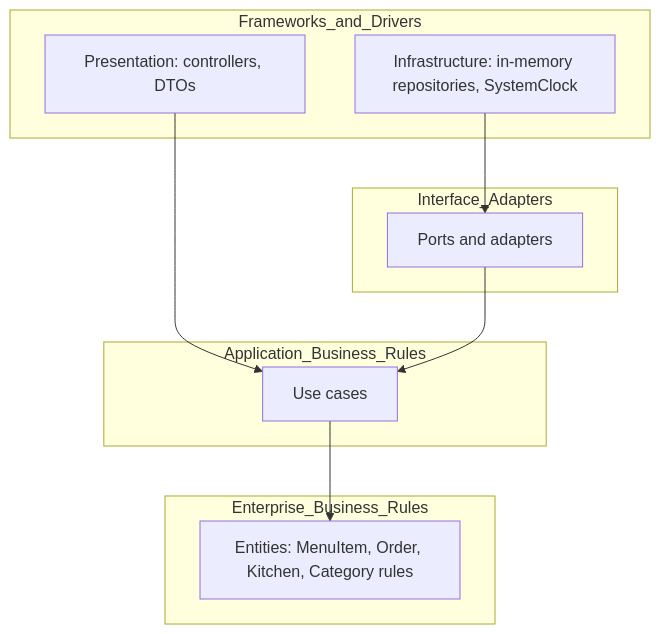
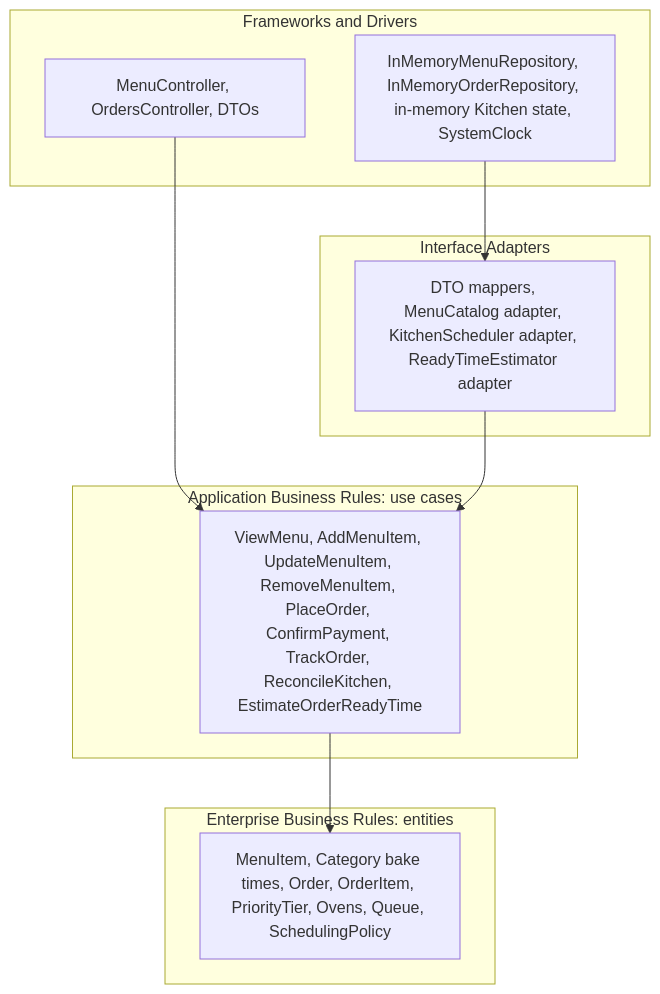
One commit to AndSanG/SnackBuilderBakery changed the third of 3 diagrams in module-map.md. Above: the diagram before and after it, drawn with Mermaid. The commit also changed other lines of this file and 1 other file, not shown here.

Commit message:
refactor: decompose Kitchen module into Ovens, Queue, and SchedulingPolicy strategy to make structure explicit and readable.

````diff
--- a/module-map.md
+++ b/module-map.md
@@ -89,21 +140,21 @@
 ```mermaid
 graph TD
-  subgraph Frameworks_and_Drivers
-    INF[Infrastructure: in-memory repositories, SystemClock]
-    PRES[Presentation: controllers, DTOs]
+  subgraph Drivers [Frameworks and Drivers]
+    INF[InMemoryMenuRepository, InMemoryOrderRepository, in-memory Kitchen state, SystemClock]
+    WEB[MenuController, OrdersController, DTOs]
   end
-  subgraph Interface_Adapters
-    PORTS[Ports and adapters]
+  subgraph Adapters [Interface Adapters]
+    AD[DTO mappers, MenuCatalog adapter, KitchenScheduler adapter, ReadyTimeEstimator adapter]
   end
-  subgraph Application_Business_Rules
-    UC[Use cases]
+  subgraph UseCases [Application Business Rules: use cases]
+    UC[ViewMenu, AddMenuItem, UpdateMenuItem, RemoveMenuItem, PlaceOrder, ConfirmPayment, TrackOrder, ReconcileKitchen, EstimateOrderReadyTime]
   end
-  subgraph Enterprise_Business_Rules
-    ENT[Entities: MenuItem, Order, Kitchen, Category rules]
+  subgraph Entities [Enterprise Business Rules: entities]
+    ENT[MenuItem, Category bake times, Order, OrderItem, PriorityTier, Ovens, Queue, SchedulingPolicy]
   end
 
-  PRES --> UC
-  INF --> PORTS
-  PORTS --> UC
+  WEB --> UC
+  INF --> AD
+  AD --> UC
   UC --> ENT
 ```
````
